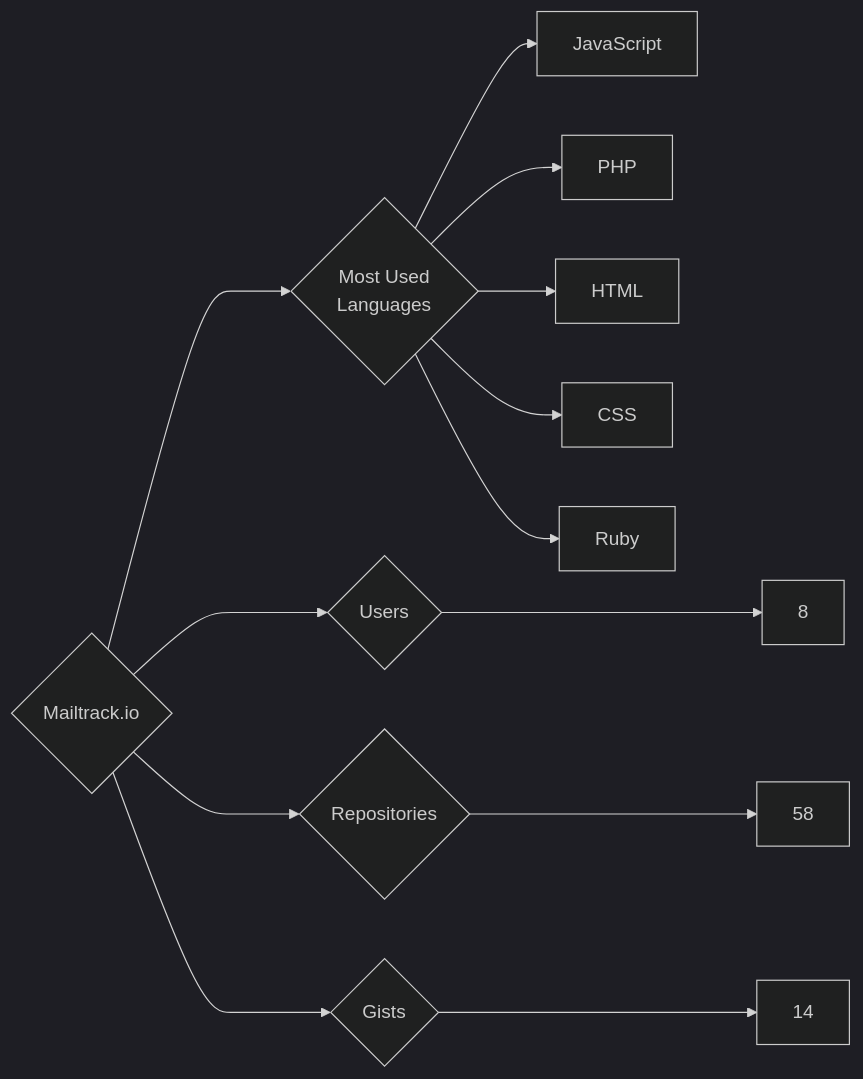
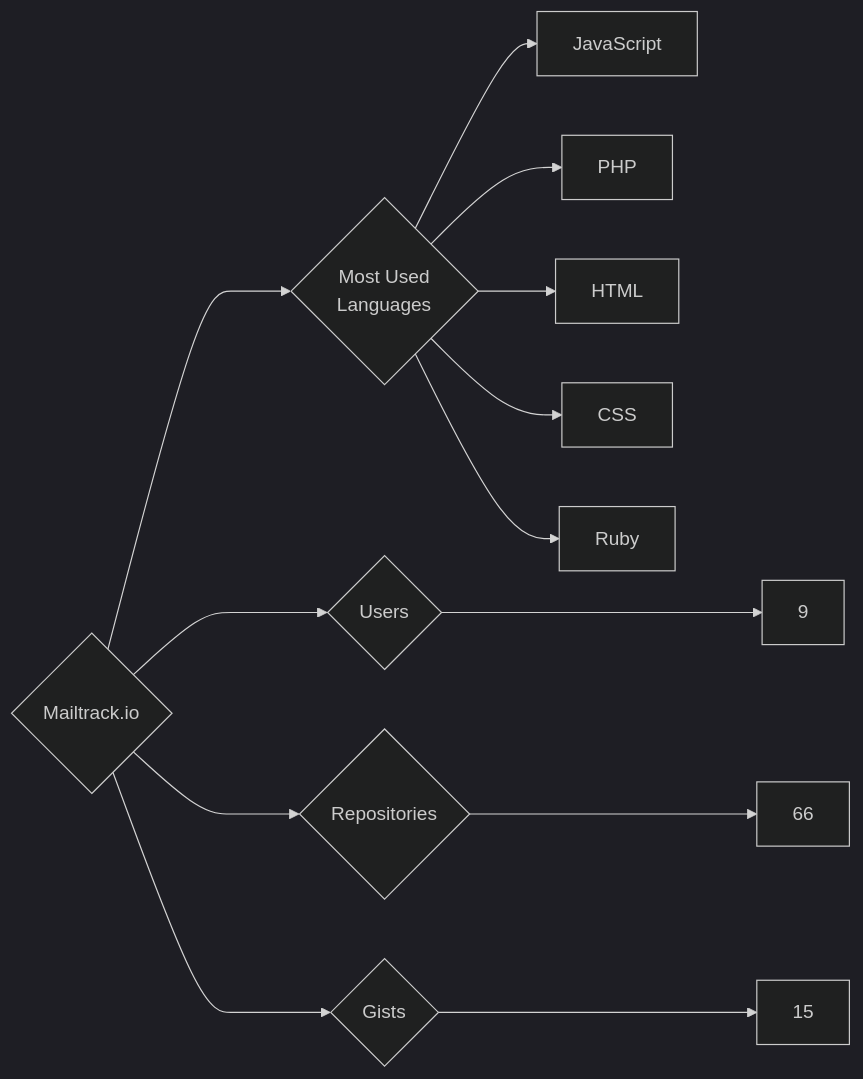
The diagram in targets/Mailtrack.io/README.md (trickest/insiders), drawn with Mermaid (dark theme) before and after one commit. The commit also changed 1389 other files, not shown here.

````diff
--- a/targets/Mailtrack.io/README.md
+++ b/targets/Mailtrack.io/README.md
@@ -3,13 +3,13 @@
 ```mermaid
 graph LR
 COMPANY_NAME{Mailtrack.io}
-COMPANY_NAME ---> U{Users} ---> UN[8]
-COMPANY_NAME ---> R{Repositories} ---> RN[58]
-COMPANY_NAME ---> G{Gists} ---> GN[14]
+COMPANY_NAME ---> U{Users} ---> UN[9]
+COMPANY_NAME ---> R{Repositories} ---> RN[66]
+COMPANY_NAME ---> G{Gists} ---> GN[15]
 COMPANY_NAME ---> ML{Most Used<br>Languages}
 ML --> JavaScript[JavaScript]
 ML --> PHP[PHP]
 ML --> HTML[HTML]
 ML --> CSS[CSS]
 ML --> Ruby[Ruby]
 ```
````
